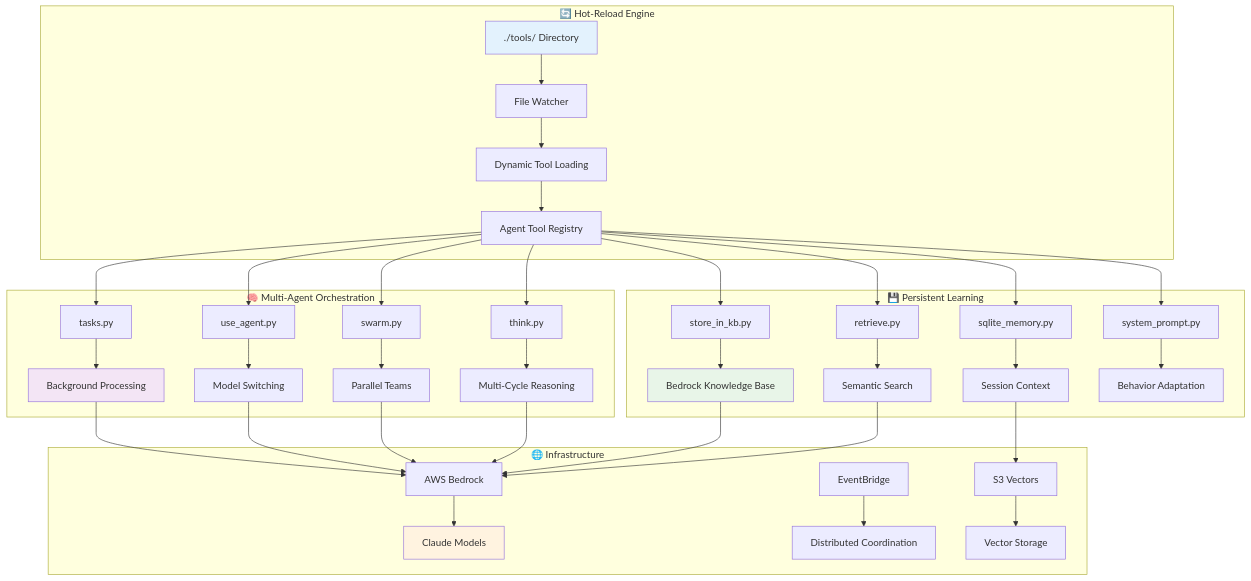
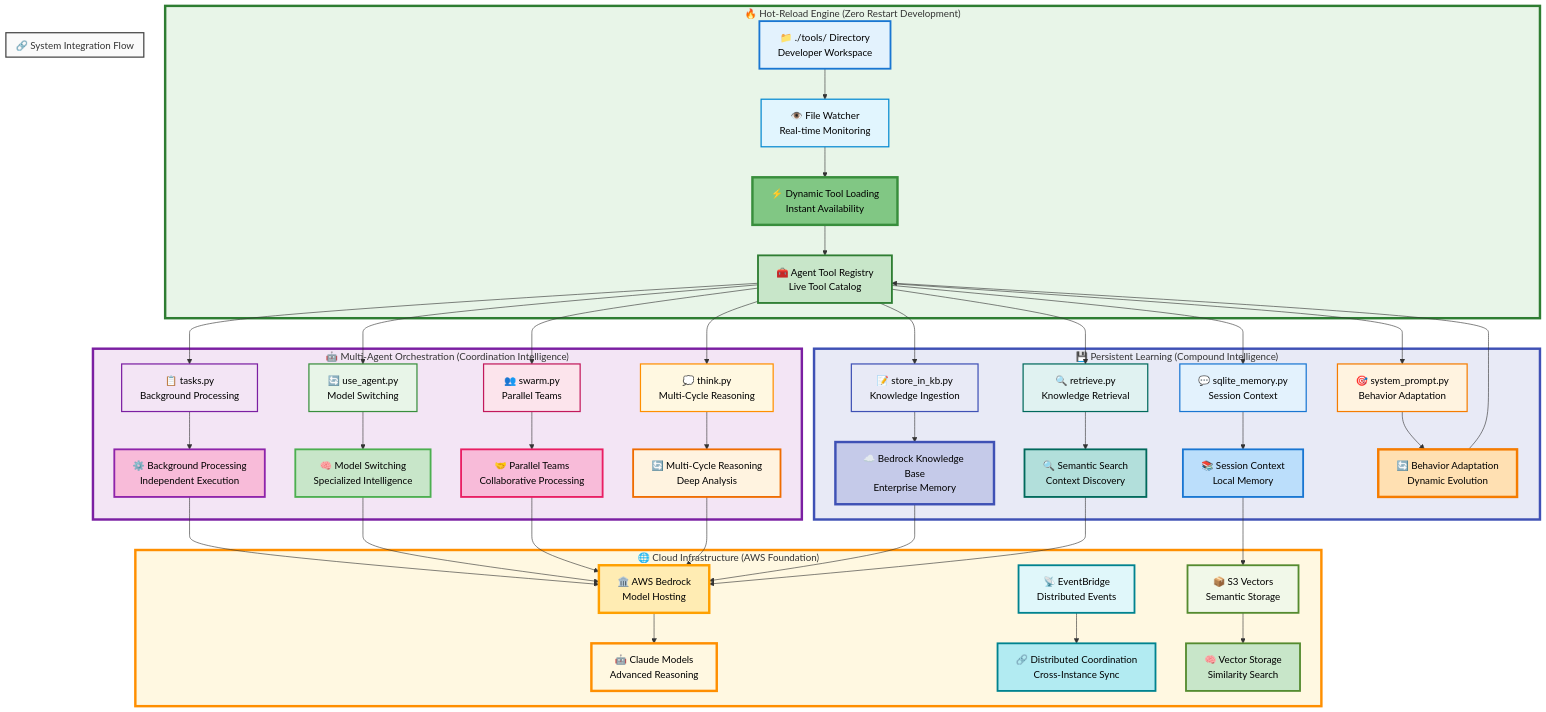
Before and after one commit to cagataycali/strands-research-agent: the seventh of 7 diagrams in 02-samples/14-research-agent/README.md, drawn with Mermaid. The commit also changed other lines of this file, not shown here.

Commit message:
update readme for adding color coded mermaid diagrams

````diff
--- a/02-samples/14-research-agent/README.md
+++ b/02-samples/14-research-agent/README.md
@@ -359,50 +748,103 @@
 ```mermaid
 graph TB
-    subgraph "🔄 Hot-Reload Engine"
-        A[./tools/ Directory] --> B[File Watcher]
-        B --> C[Dynamic Tool Loading]
-        C --> D[Agent Tool Registry]
+    subgraph HOTRELOAD["🔥 Hot-Reload Engine (Zero Restart Development)"]
+        A["📁 ./tools/ Directory<br/>Developer Workspace"]
+        B["👁️ File Watcher<br/>Real-time Monitoring"]
+        C["⚡ Dynamic Tool Loading<br/>Instant Availability"]
+        D["🧰 Agent Tool Registry<br/>Live Tool Catalog"]
+        
+        A --> B
+        B --> C
+        C --> D
     end
     
-    subgraph "🧠 Multi-Agent Orchestration"
-        E[tasks.py] --> F[Background Processing]
-        G[use_agent.py] --> H[Model Switching]
-        I[swarm.py] --> J[Parallel Teams]
-        K[think.py] --> L[Multi-Cycle Reasoning]
+    subgraph ORCHESTRATION["🤖 Multi-Agent Orchestration (Coordination Intelligence)"]
+        E["📋 tasks.py<br/>Background Processing"]
+        G["🔄 use_agent.py<br/>Model Switching"]
+        I["👥 swarm.py<br/>Parallel Teams"]
+        K["💭 think.py<br/>Multi-Cycle Reasoning"]
+        
+        E --> F["⚙️ Background Processing<br/>Independent Execution"]
+        G --> H["🧠 Model Switching<br/>Specialized Intelligence"]
+        I --> J["🤝 Parallel Teams<br/>Collaborative Processing"]
+        K --> L["🔄 Multi-Cycle Reasoning<br/>Deep Analysis"]
     end
     
-    subgraph "💾 Persistent Learning"
-        M[store_in_kb.py] --> N[Bedrock Knowledge Base]
-        O[retrieve.py] --> P[Semantic Search]
-        Q[sqlite_memory.py] --> R[Session Context]
-        S[system_prompt.py] --> T[Behavior Adaptation]
+    subgraph LEARNING["💾 Persistent Learning (Compound Intelligence)"]
+        M["📝 store_in_kb.py<br/>Knowledge Ingestion"]
+        O["🔍 retrieve.py<br/>Knowledge Retrieval"]
+        Q["💬 sqlite_memory.py<br/>Session Context"]
+        S["🎯 system_prompt.py<br/>Behavior Adaptation"]
+        
+        M --> N["☁️ Bedrock Knowledge Base<br/>Enterprise Memory"]
+        O --> P["🔍 Semantic Search<br/>Context Discovery"]
+        Q --> R["📚 Session Context<br/>Local Memory"]
+        S --> T["🔄 Behavior Adaptation<br/>Dynamic Evolution"]
     end
     
-    subgraph "🌐 Infrastructure"
-        U[AWS Bedrock] --> V[Claude Models]
-        W[EventBridge] --> X[Distributed Coordination]
-        Y[S3 Vectors] --> Z[Vector Storage]
+    subgraph INFRASTRUCTURE["🌐 Cloud Infrastructure (AWS Foundation)"]
+        U["🏛️ AWS Bedrock<br/>Model Hosting"]
+        W["📡 EventBridge<br/>Distributed Events"]
+        Y["📦 S3 Vectors<br/>Semantic Storage"]
+        
+        U --> V["🤖 Claude Models<br/>Advanced Reasoning"]
+        W --> X["🔗 Distributed Coordination<br/>Cross-Instance Sync"]
+        Y --> Z["🧠 Vector Storage<br/>Similarity Search"]
     end
     
-    D --> E
-    D --> G
-    D --> I
-    D --> K
-    D --> M
-    D --> O
-    D --> Q
-    D --> S
+    subgraph CONNECTIONS["🔗 System Integration Flow"]
+        D --> E
+        D --> G
+        D --> I
+        D --> K
+        D --> M
+        D --> O
+        D --> Q
+        D --> S
+        
+        F --> U
+        H --> U
+        J --> U
+        L --> U
+        N --> U
+        P --> U
+        R --> Y
+        T --> D
+    end
     
-    F --> U
-    H --> U
-    J --> U
-    L --> U
-    N --> U
-    P --> U
-    R --> Y
+    style A fill:#e3f2fd,stroke:#1976d2,stroke-width:3px,color:#000
+    style B fill:#e1f5fe,stroke:#0288d1,stroke-width:2px,color:#000
+    style C fill:#81c784,stroke:#388e3c,stroke-width:4px,color:#000
+    style D fill:#c8e6c9,stroke:#2e7d32,stroke-width:3px,color:#000
     
-    style A fill:#e3f2fd
-    style F fill:#f3e5f5
-    style N fill:#e8f5e8
-    style V fill:#fff3e0
+    style E fill:#f3e5f5,stroke:#7b1fa2,stroke-width:2px,color:#000
+    style F fill:#f8bbd9,stroke:#8e24aa,stroke-width:3px,color:#000
+    style G fill:#e8f5e8,stroke:#388e3c,stroke-width:2px,color:#000
+    style H fill:#c8e6c9,stroke:#4caf50,stroke-width:3px,color:#000
+    style I fill:#fce4ec,stroke:#c2185b,stroke-width:2px,color:#000
+    style J fill:#f8bbd9,stroke:#e91e63,stroke-width:3px,color:#000
+    style K fill:#fff8e1,stroke:#ff8f00,stroke-width:2px,color:#000
+    style L fill:#fff3e0,stroke:#ef6c00,stroke-width:3px,color:#000
+    
+    style M fill:#e8eaf6,stroke:#3f51b5,stroke-width:2px,color:#000
+    style N fill:#c5cae9,stroke:#3f51b5,stroke-width:4px,color:#000
+    style O fill:#e0f2f1,stroke:#00695c,stroke-width:2px,color:#000
+    style P fill:#b2dfdb,stroke:#00695c,stroke-width:3px,color:#000
+    style Q fill:#e3f2fd,stroke:#1976d2,stroke-width:2px,color:#000
+    style R fill:#bbdefb,stroke:#1976d2,stroke-width:3px,color:#000
+    style S fill:#fff3e0,stroke:#f57c00,stroke-width:2px,color:#000
+    style T fill:#ffe0b2,stroke:#f57c00,stroke-width:4px,color:#000
+    
+    style U fill:#ffecb3,stroke:#ffa000,stroke-width:4px,color:#000
+    style V fill:#fff8e1,stroke:#ff8f00,stroke-width:4px,color:#000
+    style W fill:#e0f7fa,stroke:#00838f,stroke-width:3px,color:#000
+    style X fill:#b2ebf2,stroke:#00838f,stroke-width:3px,color:#000
+    style Y fill:#f1f8e9,stroke:#558b2f,stroke-width:3px,color:#000
+    style Z fill:#c8e6c9,stroke:#558b2f,stroke-width:3px,color:#000
+    
+    style HOTRELOAD fill:#e8f5e8,stroke:#2e7d32,stroke-width:4px
+    style ORCHESTRATION fill:#f3e5f5,stroke:#7b1fa2,stroke-width:4px
+    style LEARNING fill:#e8eaf6,stroke:#3f51b5,stroke-width:4px
+    style INFRASTRUCTURE fill:#fff8e1,stroke:#ff8f00,stroke-width:4px
+    style CONNECTIONS fill:#fafafa,stroke:#424242,stroke-width:2px
 ```
````
